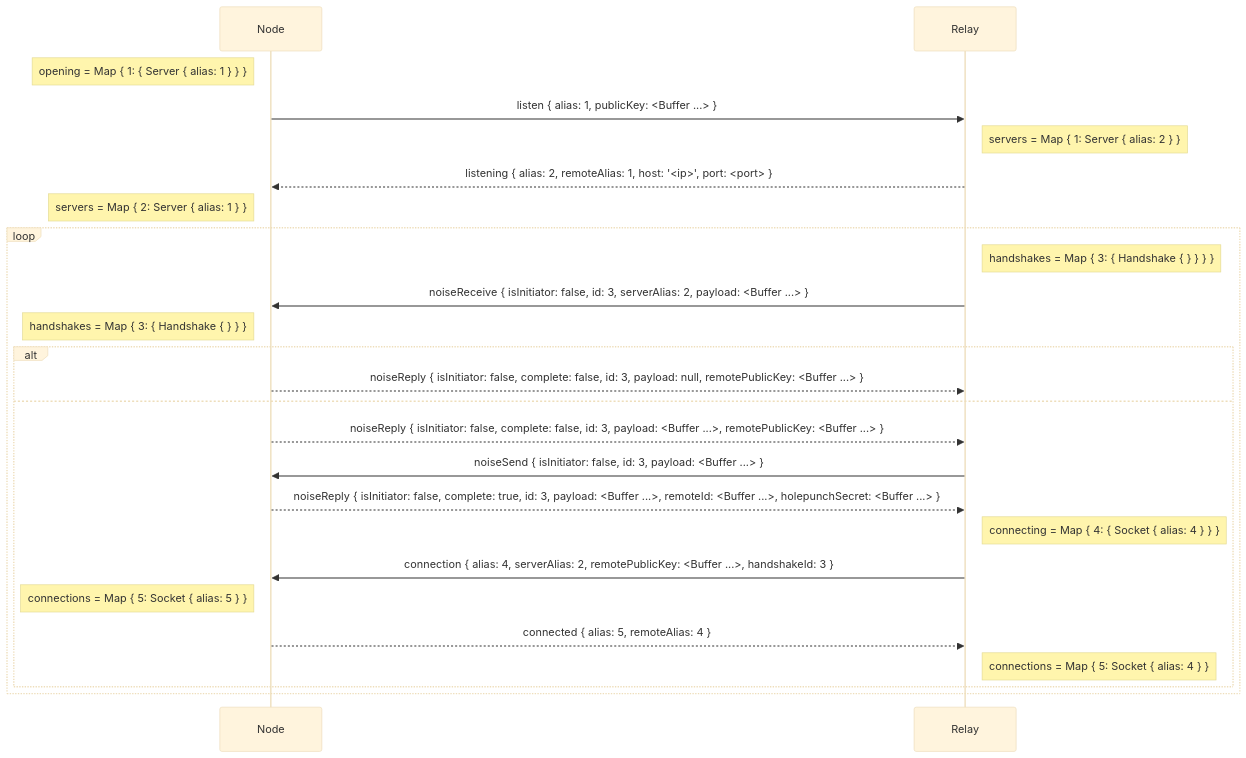
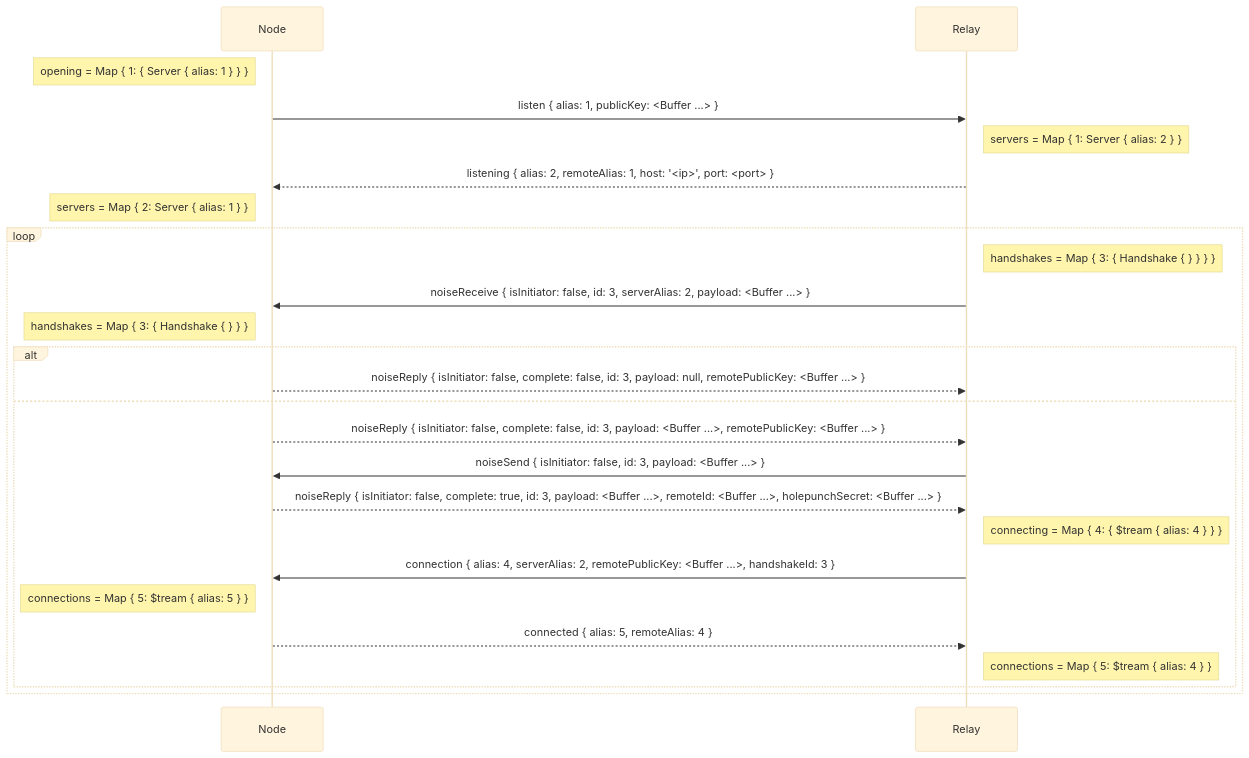
One commit to holepunchto/hyperswarm-dht-relay changed the diagram in media/diagrams/create-server-handshake.mmd. Above: the diagram before and after it, drawn with Mermaid (base theme). The commit also changed 39 other files, not shown here.

```diff
--- a/media/diagrams/create-server-handshake.mmd
+++ b/media/diagrams/create-server-handshake.mmd
@@ -1,41 +1,41 @@
 sequenceDiagram
   participant N as Node
   participant R as Relay
 
   note left of N: opening = Map { 1: { Server { alias: 1 } } }
 
   N->>R: listen { alias: 1, publicKey: <Buffer ...> }
 
   note right of R: servers = Map { 1: Server { alias: 2 } }
 
   R-->>N: listening { alias: 2, remoteAlias: 1, host: '<ip>', port: <port> }
 
   note left of N: servers = Map { 2: Server { alias: 1 } }
 
   loop
     note right of R: handshakes = Map { 3: { Handshake { } } } }
 
     R->>N: noiseReceive { isInitiator: false, id: 3, serverAlias: 2, payload: <Buffer ...> }
 
     note left of N: handshakes = Map { 3: { Handshake { } } }
 
     alt
       N-->>R: noiseReply { isInitiator: false, complete: false, id: 3, payload: null, remotePublicKey: <Buffer ...> }
     else
       N-->>R: noiseReply { isInitiator: false, complete: false, id: 3, payload: <Buffer ...>, remotePublicKey: <Buffer ...> }
 
       R->>N: noiseSend { isInitiator: false, id: 3, payload: <Buffer ...> }
 
       N-->>R: noiseReply { isInitiator: false, complete: true, id: 3, payload: <Buffer ...>, remoteId: <Buffer ...>, holepunchSecret: <Buffer ...> }
 
-      note right of R: connecting = Map { 4: { Socket { alias: 4 } } }
+      note right of R: connecting = Map { 4: { $tream { alias: 4 } } }
 
       R->>N: connection { alias: 4, serverAlias: 2, remotePublicKey: <Buffer ...>, handshakeId: 3 }
 
-      note left of N: connections = Map { 5: Socket { alias: 5 } }
+      note left of N: connections = Map { 5: $tream { alias: 5 } }
 
       N-->>R: connected { alias: 5, remoteAlias: 4 }
 
-      note right of R: connections = Map { 5: Socket { alias: 4 } }
+      note right of R: connections = Map { 5: $tream { alias: 4 } }
     end
   end
```
